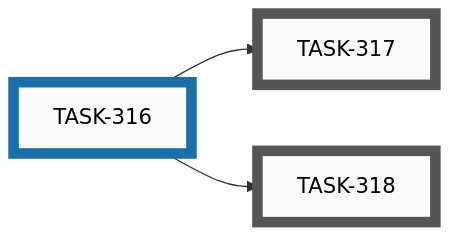
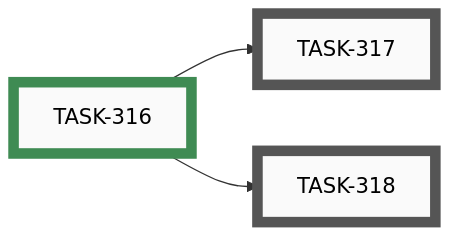
One commit to tgd1975/AwesomeStudioPedal changed the sixth of 7 diagrams in docs/developers/tasks/EPICS.md. Above: the diagram before and after it, drawn with Mermaid. The commit also changed other lines of this file and 5 other files, not shown here.

First line of the commit message:
close TASK-316: Add optional `branch:` field to epic frontmatter

````diff
--- a/docs/developers/tasks/EPICS.md
+++ b/docs/developers/tasks/EPICS.md
@@ -210,19 +210,19 @@
 ```mermaid
 graph LR
     TASK_317["TASK-317"]:::open
     TASK_318["TASK-318"]:::open
-    TASK_316["TASK-316"]:::active
+    TASK_316["TASK-316"]:::closed
     TASK_316 --> TASK_317
     TASK_316 --> TASK_318
     click TASK_317 "open/task-317-ts-epic-new-autofill-branch.md"
     click TASK_318 "open/task-318-ts-task-active-branch-nag.md"
-    click TASK_316 "active/task-316-epic-branch-frontmatter-field.md"
+    click TASK_316 "closed/task-316-epic-branch-frontmatter-field.md"
     classDef open    fill:#FAFAFA,stroke:#555,stroke-width:8px,color:#000
     classDef active  fill:#FAFAFA,stroke:#1A6FA8,stroke-width:8px,color:#000
     classDef closed  fill:#FAFAFA,stroke:#3F8B53,stroke-width:8px,color:#000
     classDef paused  fill:#FAFAFA,stroke:#B07810,stroke-width:8px,color:#000
     classDef openExt    fill:#000,stroke:#888,stroke-width:8px,color:#FFF
     classDef activeExt  fill:#000,stroke:#3FA9F5,stroke-width:8px,color:#FFF
     classDef closedExt  fill:#000,stroke:#7CC68A,stroke-width:8px,color:#FFF
     classDef pausedExt  fill:#000,stroke:#F0B030,stroke-width:8px,color:#FFF
 ```
````
